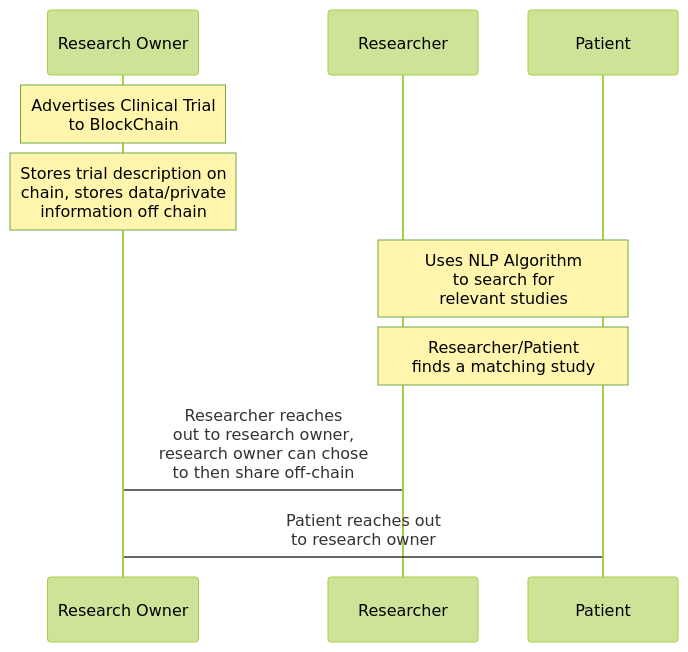
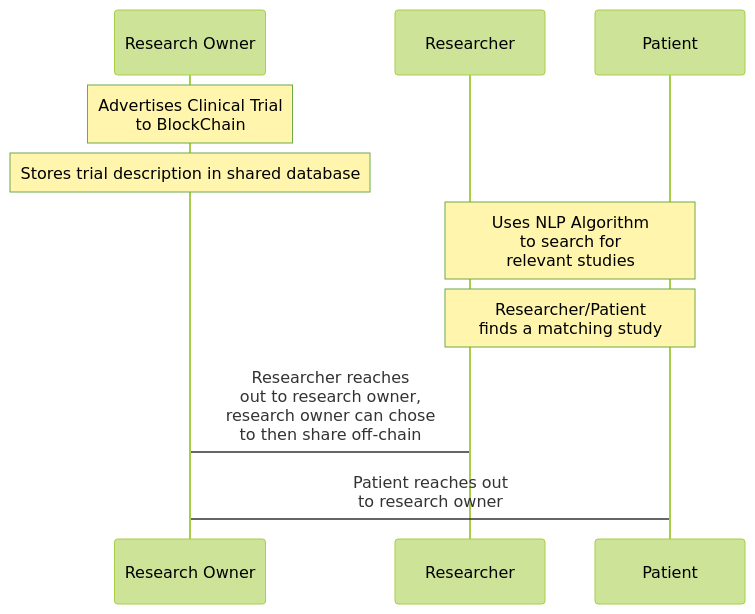
The first of 2 diagrams in README.md (AI-and-Blockchain/S22_StudyBlock), drawn with Mermaid (forest theme) before and after one commit. The commit also changed other lines of this file, not shown here.

````diff
--- a/README.md
+++ b/README.md
@@ -18,12 +18,12 @@
 ```mermaid
 sequenceDiagram;
     Participant A as Research Owner
     Participant B as Researcher
     Participant C as Patient
     Note over A: Advertises Clinical Trial <br> to BlockChain
-    Note over A: Stores trial description on <br> chain, stores data/private <br> information off chain
+    Note over A: Stores trial description in shared database
     Note over B, C: Uses NLP Algorithm <br> to search for <br> relevant studies
     Note over B,C: Researcher/Patient <br> finds a matching study
     B -> A: Researcher reaches <br> out to research owner, <br> research owner can chose <br> to then share off-chain
     C -> A: Patient reaches out <br> to research owner
 ```
````
